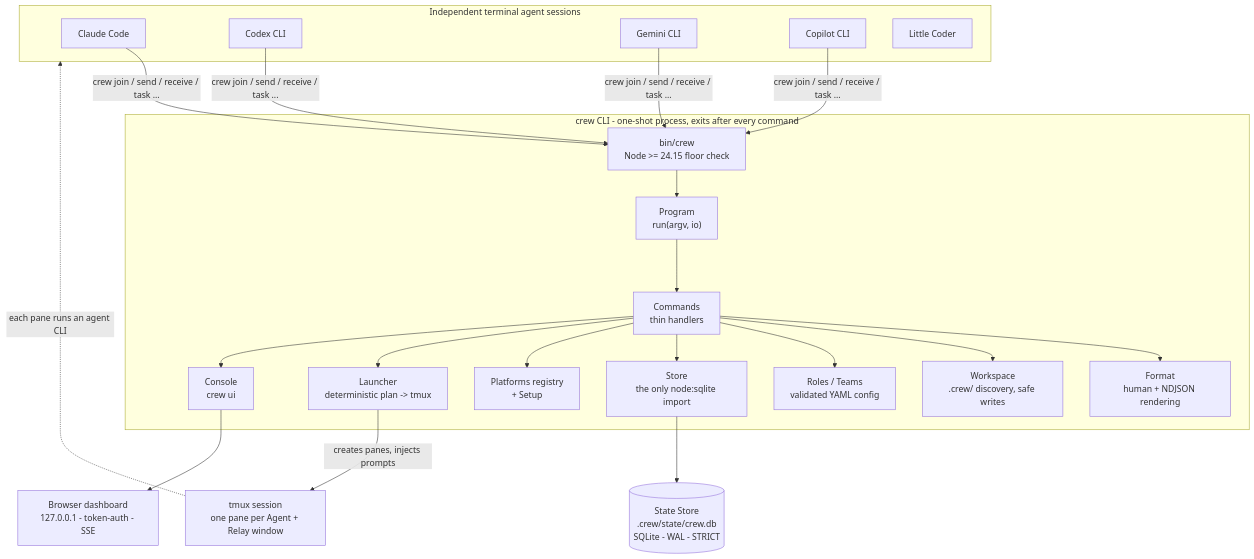
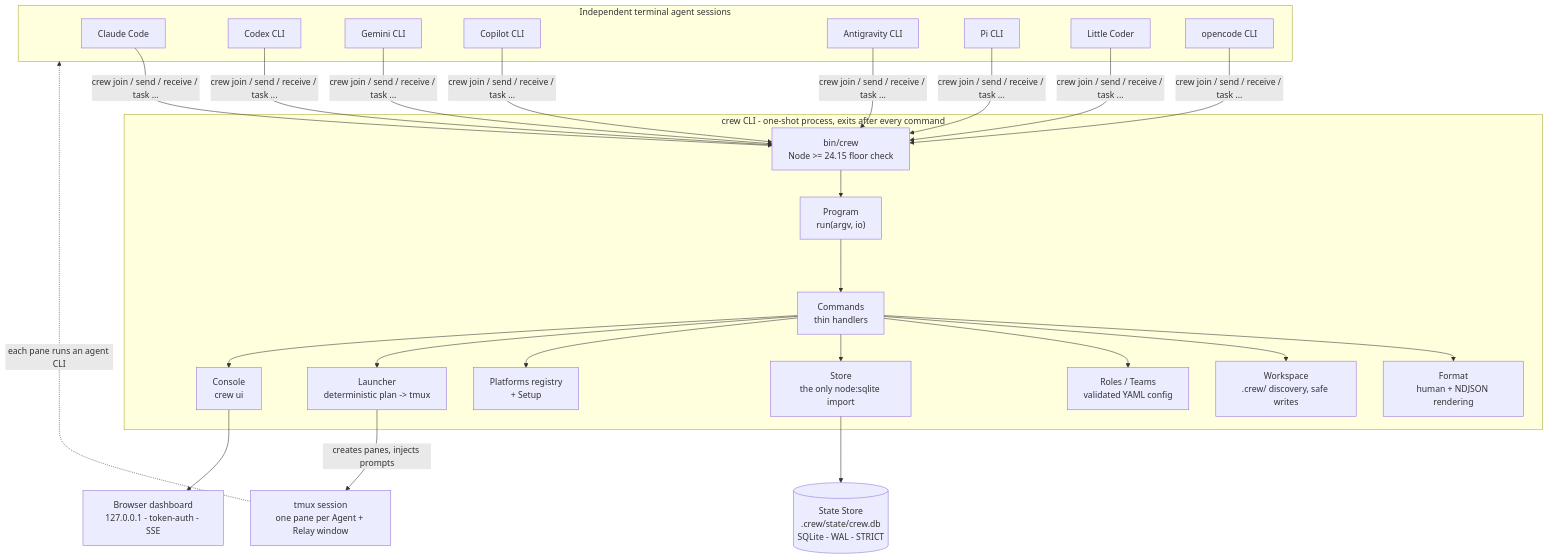
The diagram in README.md (dichovsky/crew), drawn with Mermaid before and after one commit. The commit also changed other lines of this file and 5 other files, not shown here.

````diff
--- a/README.md
+++ b/README.md
@@ -184,41 +186,44 @@
 ```mermaid
 flowchart TB
     subgraph agents["Independent terminal agent sessions"]
         A1["Claude Code"]
         A2["Codex CLI"]
         A3["Gemini CLI"]
         A4["Copilot CLI"]
-        A5["Little Coder"]
+        A5["Antigravity CLI"]
+        A6["Pi CLI"]
+        A7["Little Coder"]
+        A8["opencode CLI"]
     end
 
     subgraph crewcli["crew CLI - one-shot process, exits after every command"]
         BIN["bin/crew<br/>Node >= 24.15 floor check"]
         RUN["Program<br/>run(argv, io)"]
         CMD["Commands<br/>thin handlers"]
         FMT["Format<br/>human + NDJSON rendering"]
         WS["Workspace<br/>.crew/ discovery, safe writes"]
         STORE["Store<br/>the only node:sqlite import"]
         RT["Roles / Teams<br/>validated YAML config"]
         PLAT["Platforms registry<br/>+ Setup"]
         LNCH["Launcher<br/>deterministic plan -> tmux"]
         UI["Console<br/>crew ui"]
     end
 
     DB[("State Store<br/>.crew/state/crew.db<br/>SQLite - WAL - STRICT")]
     TMUX["tmux session<br/>one pane per Agent + Relay window"]
     BROWSER["Browser dashboard<br/>127.0.0.1 - token-auth - SSE"]
 
-    A1 & A2 & A3 & A4 -- "crew join / send / receive / task ..." --> BIN
+    A1 & A2 & A3 & A4 & A5 & A6 & A7 & A8 -- "crew join / send / receive / task ..." --> BIN
     BIN --> RUN --> CMD
     CMD --> FMT
     CMD --> WS
     CMD --> RT
     CMD --> STORE
     CMD --> PLAT
     CMD --> LNCH
     CMD --> UI
     STORE --> DB
     LNCH -- "creates panes, injects prompts" --> TMUX
     TMUX -. "each pane runs an agent CLI" .-> agents
     UI --> BROWSER
 ```
````
